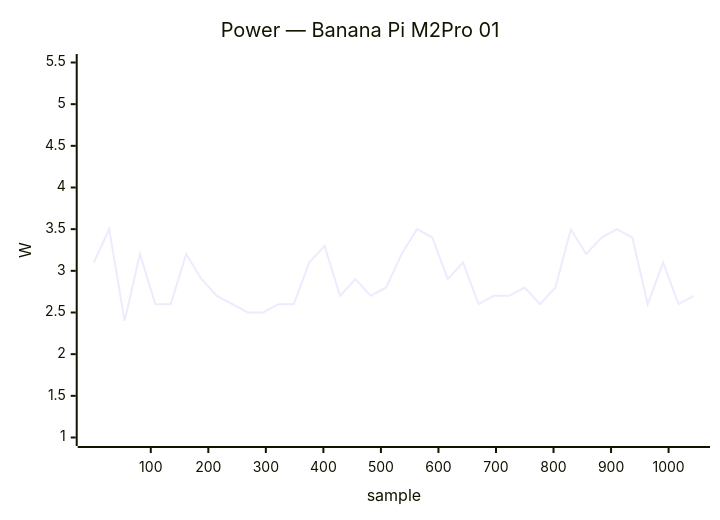
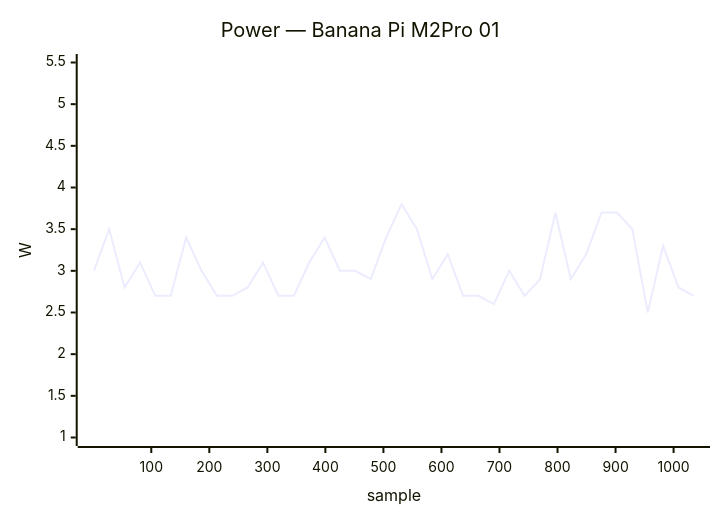
Before and after one commit to armbian/documentation: diagram 11 of 50 in docs/status/board-tests.md, drawn with Mermaid. The commit also changed other lines of this file, not shown here.

````diff
--- a/docs/status/board-tests.md
+++ b/docs/status/board-tests.md
@@ -564,7 +623,7 @@
 ```mermaid
 xychart-beta
     title "Power — Banana Pi M2Pro 01"
-    x-axis "sample" 1 --> 1044
+    x-axis "sample" 1 --> 1035
     y-axis "W" 1.0 --> 5.5
-    line [3.1, 3.5, 2.4, 3.2, 2.6, 2.6, 3.2, 2.9, 2.7, 2.6, 2.5, 2.5, 2.6, 2.6, 3.1, 3.3, 2.7, 2.9, 2.7, 2.8, 3.2, 3.5, 3.4, 2.9, 3.1, 2.6, 2.7, 2.7, 2.8, 2.6, 2.8, 3.5, 3.2, 3.4, 3.5, 3.4, 2.6, 3.1, 2.6, 2.7]
+    line [3.0, 3.5, 2.8, 3.1, 2.7, 2.7, 3.4, 3.0, 2.7, 2.7, 2.8, 3.1, 2.7, 2.7, 3.1, 3.4, 3.0, 3.0, 2.9, 3.4, 3.8, 3.5, 2.9, 3.2, 2.7, 2.7, 2.6, 3.0, 2.7, 2.9, 3.7, 2.9, 3.2, 3.7, 3.7, 3.5, 2.5, 3.3, 2.8, 2.7]
 ```
````
